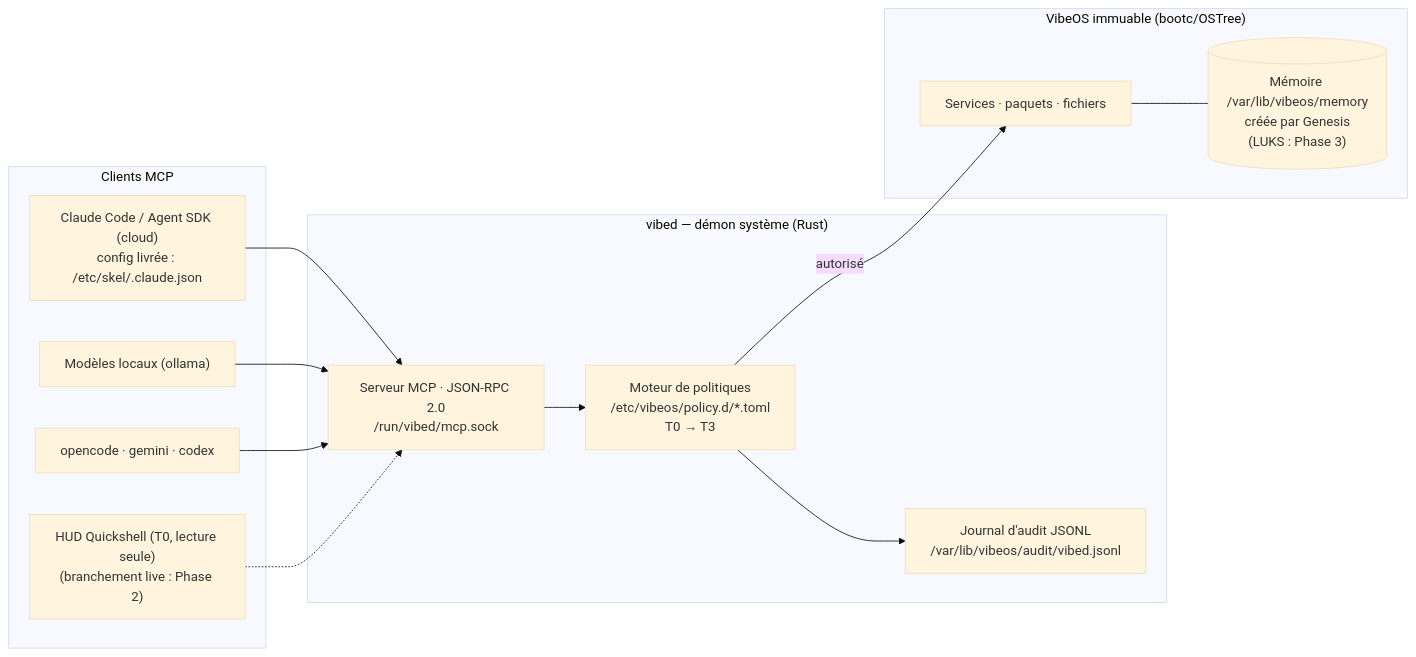
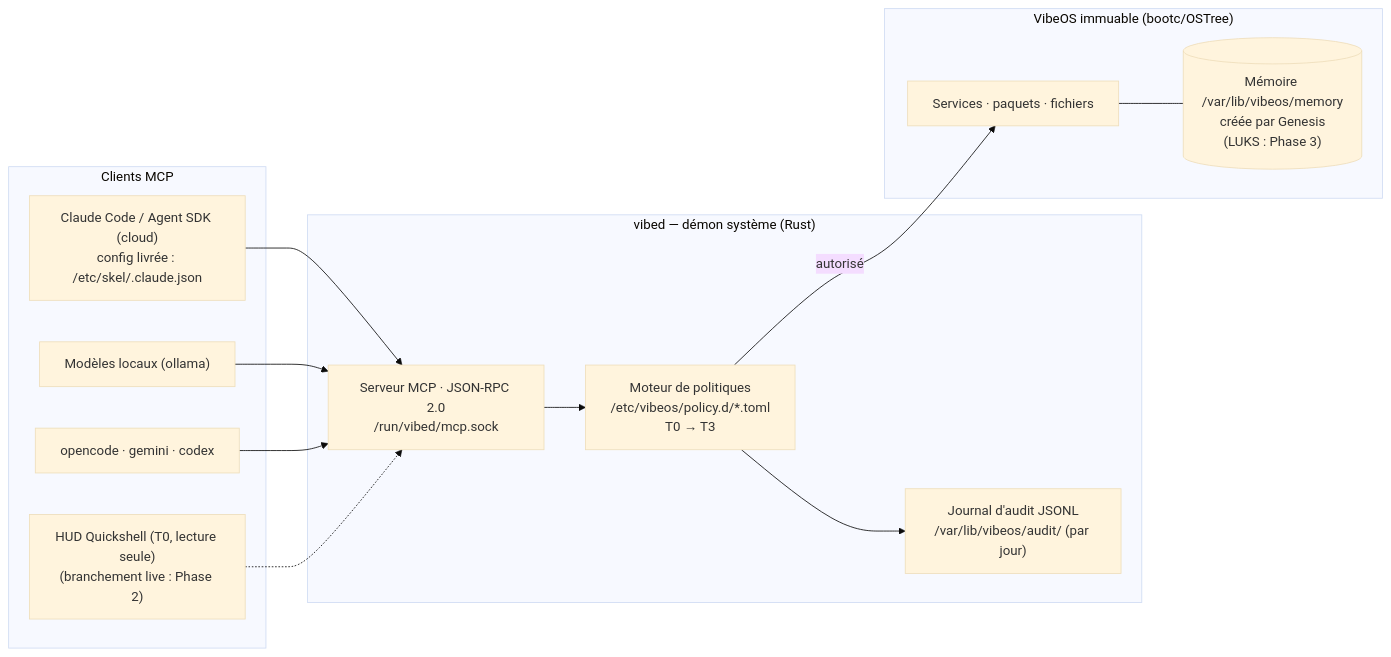
Before and after one commit to Micka420-collab/vibeos: the diagram in README.md, drawn with Mermaid (base theme). The commit also changed other lines of this file and 10 other files, not shown here.

First line of the commit message:
Docs : recaler chemin d'audit (rotation par jour) + approbation/user-projects livrés

````diff
--- a/README.md
+++ b/README.md
@@ -93,26 +93,26 @@
 ```mermaid
 flowchart LR
     subgraph AGENTS["Clients MCP"]
         CC["Claude Code / Agent SDK (cloud)<br/>config livrée : /etc/skel/.claude.json"]
         OL["Modèles locaux (ollama)"]
         AD["opencode · gemini · codex"]
         HUD["HUD Quickshell (T0, lecture seule)<br/>(branchement live : Phase 2)"]
     end
     subgraph VIBED["vibed — démon système (Rust)"]
         MCP["Serveur MCP · JSON-RPC 2.0<br/>/run/vibed/mcp.sock"]
         POL["Moteur de politiques<br/>/etc/vibeos/policy.d/*.toml<br/>T0 → T3"]
-        AUD["Journal d'audit JSONL<br/>/var/lib/vibeos/audit/vibed.jsonl"]
+        AUD["Journal d'audit JSONL<br/>/var/lib/vibeos/audit/ (par jour)"]
     end
     subgraph OS["VibeOS immuable (bootc/OSTree)"]
         SYS["Services · paquets · fichiers"]
         MEM[("Mémoire /var/lib/vibeos/memory<br/>créée par Genesis<br/>(LUKS : Phase 3)")]
     end
     CC --> MCP
     OL --> MCP
     AD --> MCP
     HUD -.-> MCP
     MCP --> POL
     POL -->|"autorisé"| SYS
     POL --> AUD
     SYS --- MEM
 ```
````
